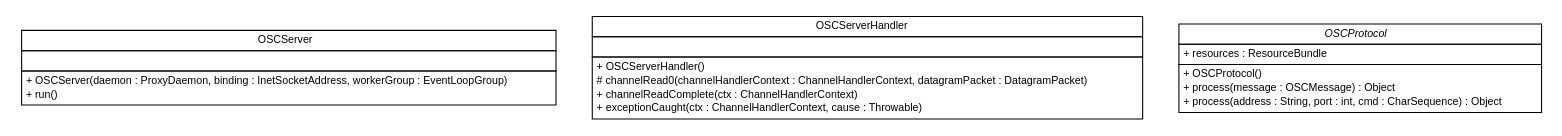
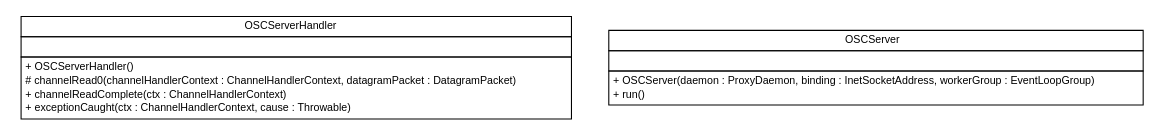
One commit to pcross616/lf-osc-proxy changed the diagram in apidocs/com/xley/lfosc/osc/server/com.xley.lfosc.osc.server.dot. Above: the diagram before and after it, drawn with Graphviz. The commit also changed 367 other files, not shown here.

```diff
--- a/apidocs/com/xley/lfosc/osc/server/com.xley.lfosc.osc.server.dot
+++ b/apidocs/com/xley/lfosc/osc/server/com.xley.lfosc.osc.server.dot
@@ -1,54 +1,40 @@
 #!/usr/local/bin/dot
 #
 # Class diagram 
 # Generated by UMLGraph version R5_6 (http://www.umlgraph.org/)
 #
 
 digraph G {
 	edge [fontname="Helvetica",fontsize=10,labelfontname="Helvetica",labelfontsize=10];
 	node [fontname="Helvetica",fontsize=10,shape=plaintext];
 	nodesep=0.25;
 	ranksep=0.5;
-	// com.xley.lfosc.osc.server.OSCServer
-	c62 [label=<<table title="com.xley.lfosc.osc.server.OSCServer" border="0" cellborder="1" cellspacing="0" cellpadding="2" port="p" href="./OSCServer.html">
-		<tr><td><table border="0" cellspacing="0" cellpadding="1">
-<tr><td align="center" balign="center"> OSCServer </td></tr>
-		</table></td></tr>
-		<tr><td><table border="0" cellspacing="0" cellpadding="1">
-<tr><td align="left" balign="left">  </td></tr>
-		</table></td></tr>
-		<tr><td><table border="0" cellspacing="0" cellpadding="1">
-<tr><td align="left" balign="left"> + OSCServer(daemon : ProxyDaemon, binding : InetSocketAddress, workerGroup : EventLoopGroup) </td></tr>
-<tr><td align="left" balign="left"> + run() </td></tr>
-		</table></td></tr>
-		</table>>, URL="./OSCServer.html", fontname="Helvetica", fontcolor="black", fontsize=10.0];
 	// com.xley.lfosc.osc.server.OSCServerHandler
-	c63 [label=<<table title="com.xley.lfosc.osc.server.OSCServerHandler" border="0" cellborder="1" cellspacing="0" cellpadding="2" port="p" href="./OSCServerHandler.html">
+	c29 [label=<<table title="com.xley.lfosc.osc.server.OSCServerHandler" border="0" cellborder="1" cellspacing="0" cellpadding="2" port="p" href="./OSCServerHandler.html">
 		<tr><td><table border="0" cellspacing="0" cellpadding="1">
 <tr><td align="center" balign="center"> OSCServerHandler </td></tr>
 		</table></td></tr>
 		<tr><td><table border="0" cellspacing="0" cellpadding="1">
 <tr><td align="left" balign="left">  </td></tr>
 		</table></td></tr>
 		<tr><td><table border="0" cellspacing="0" cellpadding="1">
 <tr><td align="left" balign="left"> + OSCServerHandler() </td></tr>
 <tr><td align="left" balign="left"> # channelRead0(channelHandlerContext : ChannelHandlerContext, datagramPacket : DatagramPacket) </td></tr>
 <tr><td align="left" balign="left"> + channelReadComplete(ctx : ChannelHandlerContext) </td></tr>
 <tr><td align="left" balign="left"> + exceptionCaught(ctx : ChannelHandlerContext, cause : Throwable) </td></tr>
 		</table></td></tr>
 		</table>>, URL="./OSCServerHandler.html", fontname="Helvetica", fontcolor="black", fontsize=10.0];
-	// com.xley.lfosc.osc.server.OSCProtocol
-	c64 [label=<<table title="com.xley.lfosc.osc.server.OSCProtocol" border="0" cellborder="1" cellspacing="0" cellpadding="2" port="p" href="./OSCProtocol.html">
+	// com.xley.lfosc.osc.server.OSCServer
+	c30 [label=<<table title="com.xley.lfosc.osc.server.OSCServer" border="0" cellborder="1" cellspacing="0" cellpadding="2" port="p" href="./OSCServer.html">
 		<tr><td><table border="0" cellspacing="0" cellpadding="1">
-<tr><td align="center" balign="center"><font face="Helvetica-Oblique"> OSCProtocol </font></td></tr>
+<tr><td align="center" balign="center"> OSCServer </td></tr>
 		</table></td></tr>
 		<tr><td><table border="0" cellspacing="0" cellpadding="1">
-<tr><td align="left" balign="left"> + resources : ResourceBundle </td></tr>
+<tr><td align="left" balign="left">  </td></tr>
 		</table></td></tr>
 		<tr><td><table border="0" cellspacing="0" cellpadding="1">
-<tr><td align="left" balign="left"> + OSCProtocol() </td></tr>
-<tr><td align="left" balign="left"> + process(message : OSCMessage) : Object </td></tr>
-<tr><td align="left" balign="left"> + process(address : String, port : int, cmd : CharSequence) : Object </td></tr>
+<tr><td align="left" balign="left"> + OSCServer(daemon : ProxyDaemon, binding : InetSocketAddress, workerGroup : EventLoopGroup) </td></tr>
+<tr><td align="left" balign="left"> + run() </td></tr>
 		</table></td></tr>
-		</table>>, URL="./OSCProtocol.html", fontname="Helvetica", fontcolor="black", fontsize=10.0];
+		</table>>, URL="./OSCServer.html", fontname="Helvetica", fontcolor="black", fontsize=10.0];
 }
```
